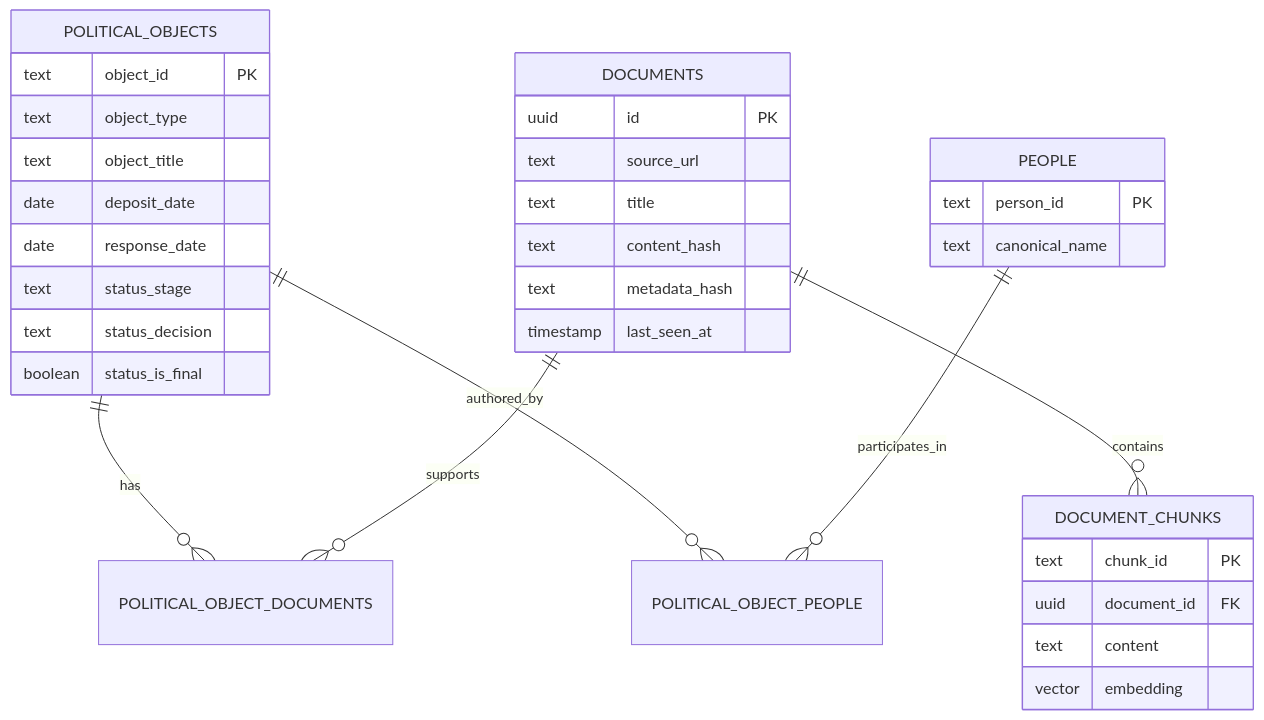
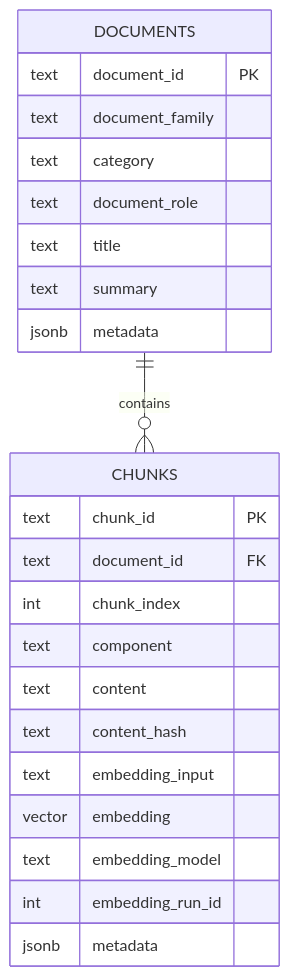
The second of 3 diagrams in SYSTEM_DESIGN.md (Mariutoto/AI-Riviera-2), drawn with Mermaid before and after one commit. The commit also changed other lines of this file and 16 other files, not shown here.

````diff
--- a/SYSTEM_DESIGN.md
+++ b/SYSTEM_DESIGN.md
@@ -102,40 +82,28 @@
 ```mermaid
 erDiagram
-    POLITICAL_OBJECTS ||--o{ POLITICAL_OBJECT_DOCUMENTS : has
-    DOCUMENTS ||--o{ POLITICAL_OBJECT_DOCUMENTS : supports
-    POLITICAL_OBJECTS ||--o{ POLITICAL_OBJECT_PEOPLE : authored_by
-    PEOPLE ||--o{ POLITICAL_OBJECT_PEOPLE : participates_in
-    DOCUMENTS ||--o{ DOCUMENT_CHUNKS : contains
+    DOCUMENTS ||--o{ CHUNKS : contains
 
-    POLITICAL_OBJECTS {
-        text object_id PK
-        text object_type
-        text object_title
-        date deposit_date
-        date response_date
-        text status_stage
-        text status_decision
-        boolean status_is_final
+    DOCUMENTS {
+        text document_id PK
+        text document_family
+        text category
+        text document_role
+        text title
+        text summary
+        jsonb metadata
     }
 
-    DOCUMENTS {
-        uuid id PK
-        text source_url
-        text title
+    CHUNKS {
+        text chunk_id PK
+        text document_id FK
+        int chunk_index
+        text component
+        text content
         text content_hash
-        text metadata_hash
-        timestamp last_seen_at
-    }
-
-    DOCUMENT_CHUNKS {
-        text chunk_id PK
-        uuid document_id FK
-        text content
+        text embedding_input
         vector embedding
-    }
-
-    PEOPLE {
-        text person_id PK
-        text canonical_name
+        text embedding_model
+        int embedding_run_id
+        jsonb metadata
     }
 ```
````
